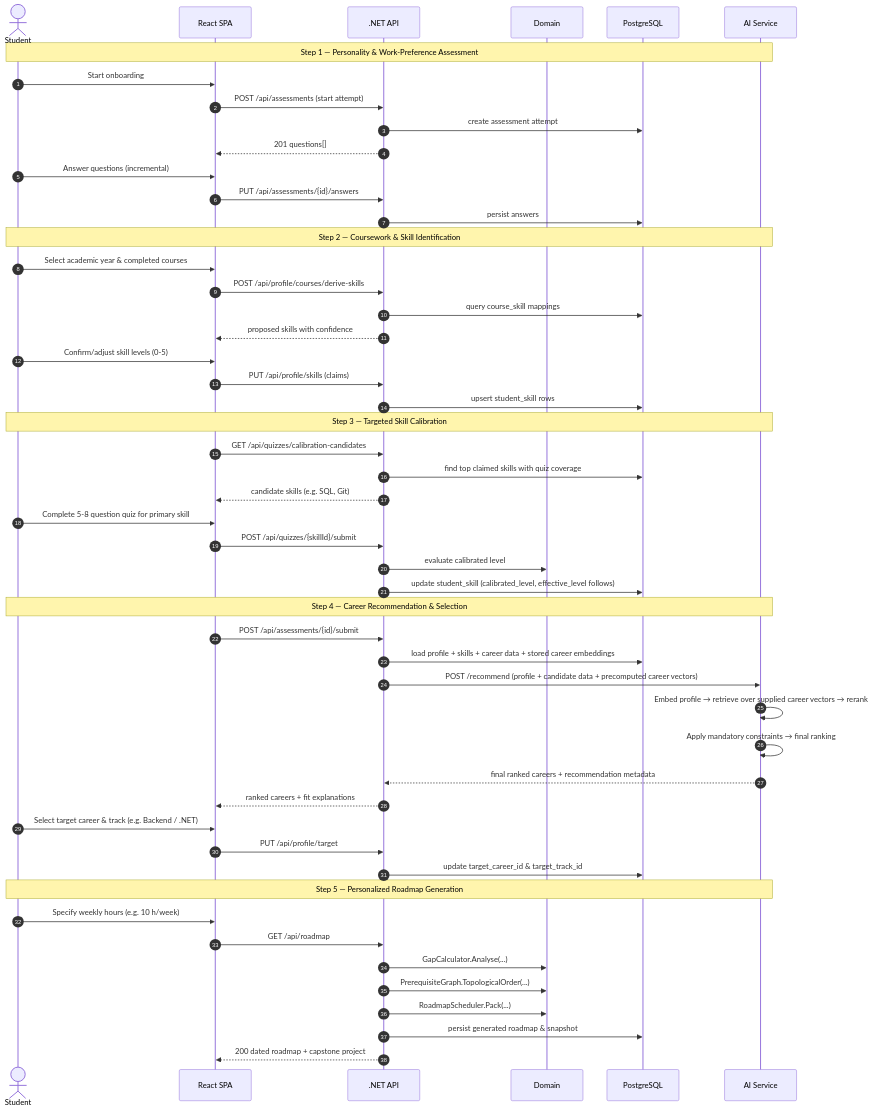
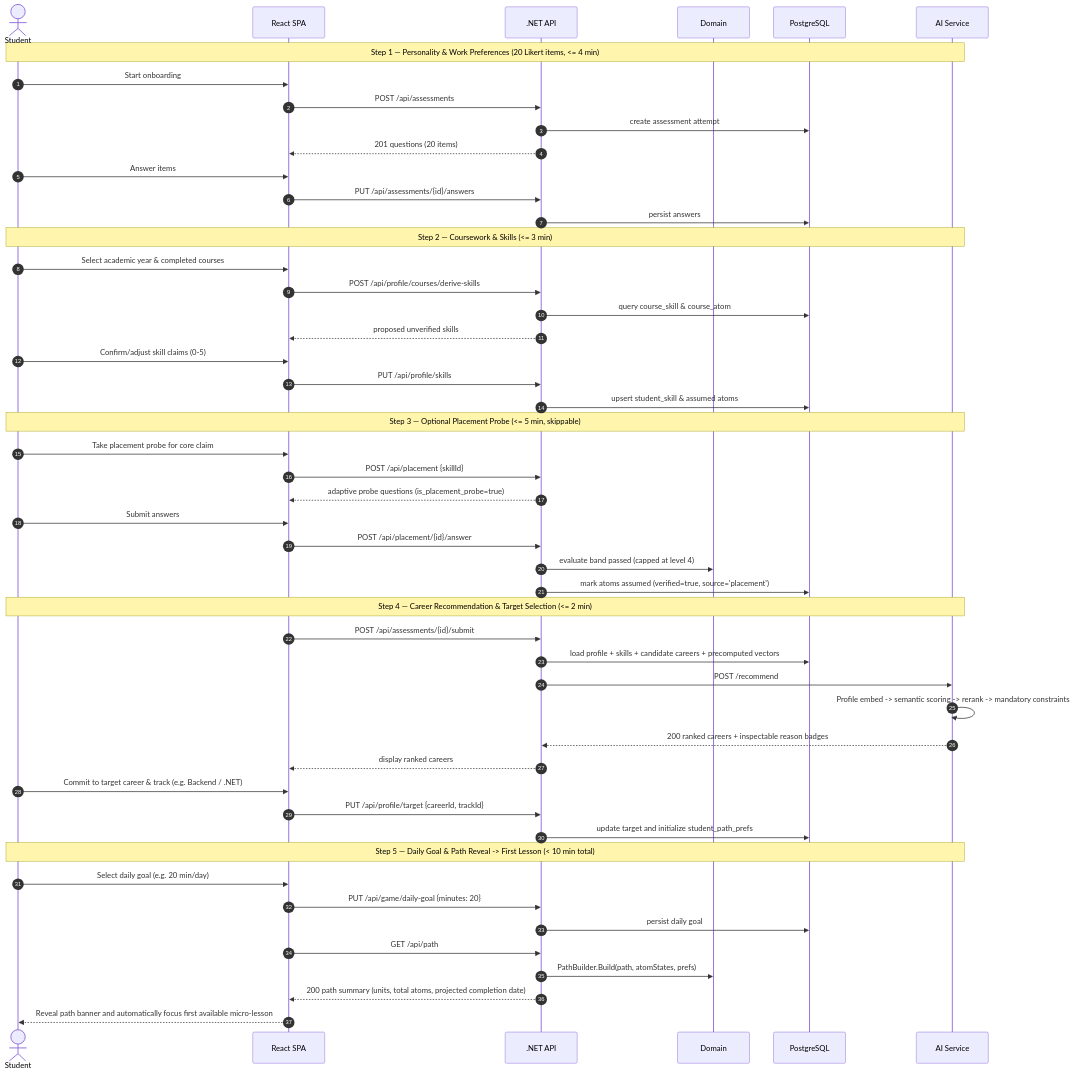
The fourth of 8 diagrams in docs/03-architecture.md (Masar-SCU/Masar), drawn with Mermaid before and after one commit. The commit also changed other lines of this file and 26 other files, not shown here.

First line of the commit message:
docs: master specification revision for atomic roadmap and defect fixes

````diff
--- a/docs/03-architecture.md
+++ b/docs/03-architecture.md
@@ -211,57 +192,57 @@
 ```mermaid
 sequenceDiagram
     autonumber
     actor S as Student
     participant W as React SPA
     participant A as .NET API
     participant D as Domain
     participant DB as PostgreSQL
     participant AI as AI Service
 
-    Note over S,AI: Step 1 — Personality & Work-Preference Assessment
+    Note over S,AI: Step 1 — Personality & Work Preferences (20 Likert items, <= 4 min)
     S->>W: Start onboarding
-    W->>A: POST /api/assessments  (start attempt)
+    W->>A: POST /api/assessments
     A->>DB: create assessment attempt
-    A-->>W: 201  questions[]
-    S->>W: Answer questions (incremental)
+    A-->>W: 201 questions (20 items)
+    S->>W: Answer items
     W->>A: PUT /api/assessments/{id}/answers
     A->>DB: persist answers
 
-    Note over S,AI: Step 2 — Coursework & Skill Identification
+    Note over S,AI: Step 2 — Coursework & Skills (<= 3 min)
     S->>W: Select academic year & completed courses
     W->>A: POST /api/profile/courses/derive-skills
-    A->>DB: query course_skill mappings
-    A-->>W: proposed skills with confidence
-    S->>W: Confirm/adjust skill levels (0-5)
-    W->>A: PUT /api/profile/skills  (claims)
-    A->>DB: upsert student_skill rows
+    A->>DB: query course_skill & course_atom
+    A-->>W: proposed unverified skills
+    S->>W: Confirm/adjust skill claims (0-5)
+    W->>A: PUT /api/profile/skills
+    A->>DB: upsert student_skill & assumed atoms
 
-    Note over S,AI: Step 3 — Targeted Skill Calibration
-    W->>A: GET /api/quizzes/calibration-candidates
-    A->>DB: find top claimed skills with quiz coverage
-    A-->>W: candidate skills (e.g. SQL, Git)
-    S->>W: Complete 5-8 question quiz for primary skill
-    W->>A: POST /api/quizzes/{skillId}/submit
-    A->>D: evaluate calibrated level
-    A->>DB: update student_skill (calibrated_level, effective_level follows)
-    Note over S,AI: Step 4 — Career Recommendation & Selection
+    Note over S,AI: Step 3 — Optional Placement Probe (<= 5 min, skippable)
+    S->>W: Take placement probe for core claim
+    W->>A: POST /api/placement {skillId}
+    A-->>W: adaptive probe questions (is_placement_probe=true)
+    S->>W: Submit answers
+    W->>A: POST /api/placement/{id}/answer
+    A->>D: evaluate band passed (capped at level 4)
+    A->>DB: mark atoms assumed (verified=true, source='placement')
+
+    Note over S,AI: Step 4 — Career Recommendation & Target Selection (<= 2 min)
     W->>A: POST /api/assessments/{id}/submit
-    A->>DB: load profile + skills + career data + stored career embeddings
-    A->>AI: POST /recommend (profile + candidate data + precomputed career vectors)
-    AI->>AI: Embed profile → retrieve over supplied career vectors → rerank
-    AI->>AI: Apply mandatory constraints → final ranking
-    AI-->>A: final ranked careers + recommendation metadata
-    A-->>W: ranked careers + fit explanations
-    S->>W: Select target career & track (e.g. Backend / .NET)
-    W->>A: PUT /api/profile/target
-    A->>DB: update target_career_id & target_track_id
+    A->>DB: load profile + skills + candidate careers + precomputed vectors
+    A->>AI: POST /recommend
+    AI->>AI: Profile embed -> semantic scoring -> rerank -> mandatory constraints
+    AI-->>A: 200 ranked careers + inspectable reason badges
+    A-->>W: display ranked careers
+    S->>W: Commit to target career & track (e.g. Backend / .NET)
+    W->>A: PUT /api/profile/target {careerId, trackId}
+    A->>DB: update target and initialize student_path_prefs
 
-    Note over S,AI: Step 5 — Personalized Roadmap Generation
-    S->>W: Specify weekly hours (e.g. 10 h/week)
-    W->>A: GET /api/roadmap
-    A->>D: GapCalculator.Analyse(...)
-    A->>D: PrerequisiteGraph.TopologicalOrder(...)
-    A->>D: RoadmapScheduler.Pack(...)
-    A->>DB: persist generated roadmap & snapshot
-    A-->>W: 200  dated roadmap + capstone project
+    Note over S,AI: Step 5 — Daily Goal & Path Reveal -> First Lesson (< 10 min total)
+    S->>W: Select daily goal (e.g. 20 min/day)
+    W->>A: PUT /api/game/daily-goal {minutes: 20}
+    A->>DB: persist daily goal
+    W->>A: GET /api/path
+    A->>D: PathBuilder.Build(path, atomStates, prefs)
+    A-->>W: 200 path summary (units, total atoms, projected completion date)
+    W-->>S: Reveal path banner and automatically focus first available micro-lesson
 ```
````
